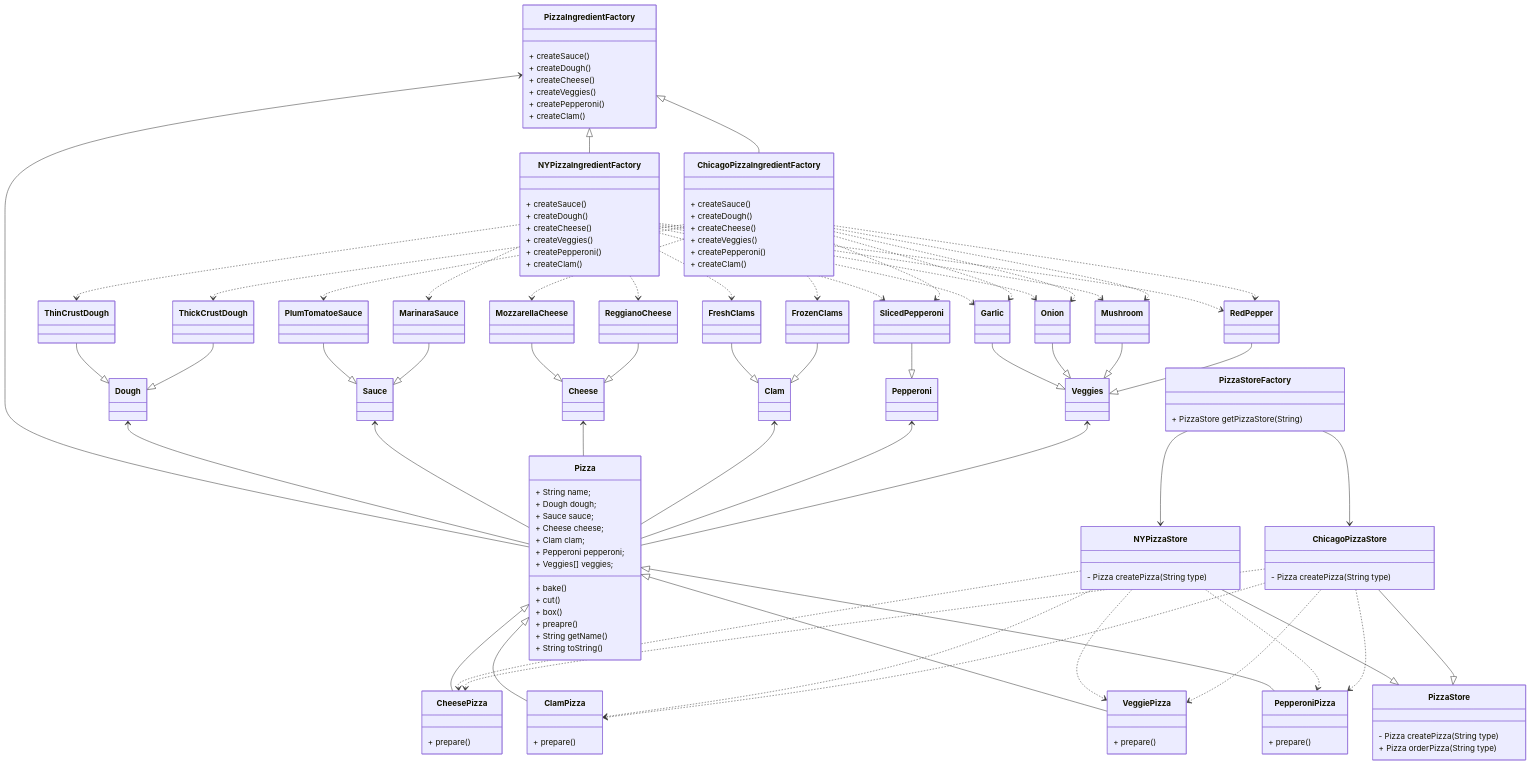
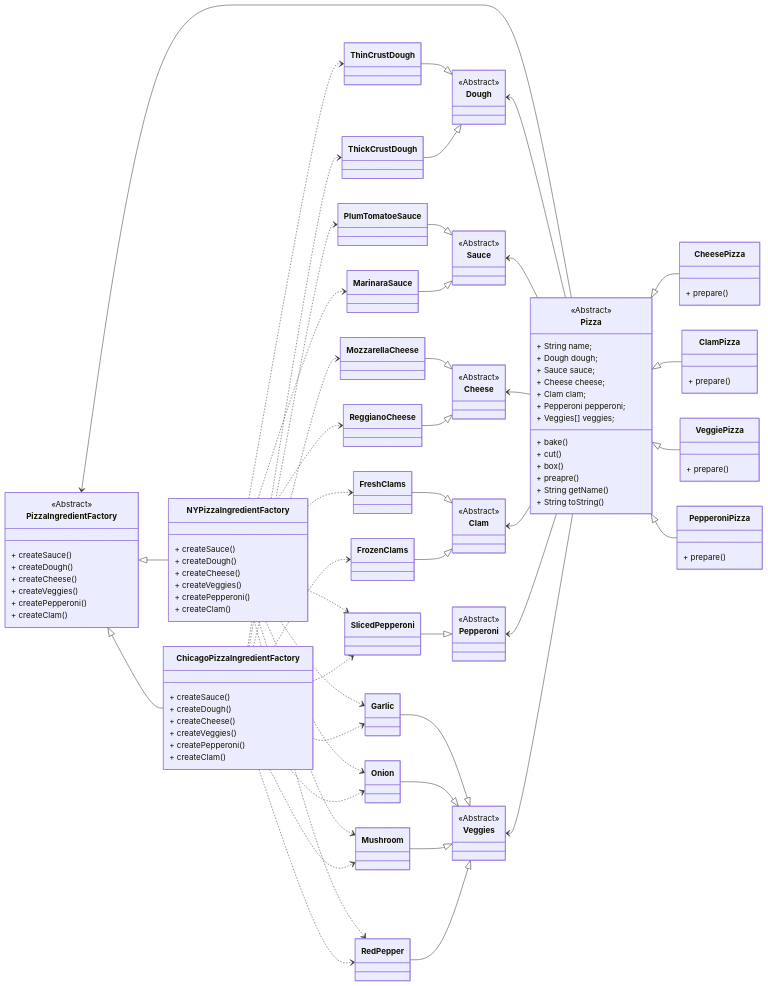
One commit to dyc3/ssw345-group-assignments changed the first of 2 diagrams in Figures/abstractFactory/figures-source.md. Above: the diagram before and after it, drawn with Mermaid. The commit also changed other lines of this file and 3 other files, not shown here.

Commit message:
seperate diagrams and add more details

````diff
--- a/Figures/abstractFactory/figures-source.md
+++ b/Figures/abstractFactory/figures-source.md
@@ -1,6 +3,8 @@
 ```mermaid
 classDiagram
+    direction LR
     class PizzaIngredientFactory {
+        <<Abstract>>
         + createSauce()
         + createDough()
         + createCheese()
@@ -28,6 +32,7 @@
     }
 
     class Pizza{
+        <<Abstract>>
         + String name;
 	    + Dough dough;
 	    + Sauce sauce;
@@ -59,6 +64,25 @@
     PizzaIngredientFactory <|-- NYPizzaIngredientFactory
     PizzaIngredientFactory <|-- ChicagoPizzaIngredientFactory
     PizzaIngredientFactory <-- Pizza
+
+    class Dough {
+        <<Abstract>>
+    }
+    class Sauce {
+        <<Abstract>>
+    }
+    class Cheese {
+        <<Abstract>>
+    }
+    class Clam {
+        <<Abstract>>
+    }
+    class Pepperoni {
+        <<Abstract>>
+    }
+    class Veggies {
+        <<Abstract>>
+    }
 
     ThinCrustDough --|> Dough
     ThickCrustDough --|> Dough
@@ -106,36 +130,5 @@
     Pizza <|-- VeggiePizza
     Pizza <|-- PepperoniPizza
 
-    class PizzaStore {
-        - Pizza createPizza(String type)
-        + Pizza orderPizza(String type)
-    }
-
-    class NYPizzaStore {
-        - Pizza createPizza(String type)
-    }
-
-    class ChicagoPizzaStore {
-        - Pizza createPizza(String type)
-    }
-
-    class PizzaStoreFactory {
-        + PizzaStore getPizzaStore(String)
-    }
-
-    NYPizzaStore --|> PizzaStore
-    ChicagoPizzaStore --|> PizzaStore
-
-    NYPizzaStore ..> CheesePizza
-    ChicagoPizzaStore ..> CheesePizza
-    NYPizzaStore ..> ClamPizza
-    ChicagoPizzaStore ..> ClamPizza
-    NYPizzaStore ..> PepperoniPizza
-    ChicagoPizzaStore ..> PepperoniPizza
-    NYPizzaStore ..> VeggiePizza
-    ChicagoPizzaStore ..> VeggiePizza
-
-    PizzaStoreFactory --> NYPizzaStore
-    PizzaStoreFactory --> ChicagoPizzaStore
 
 ```
````
